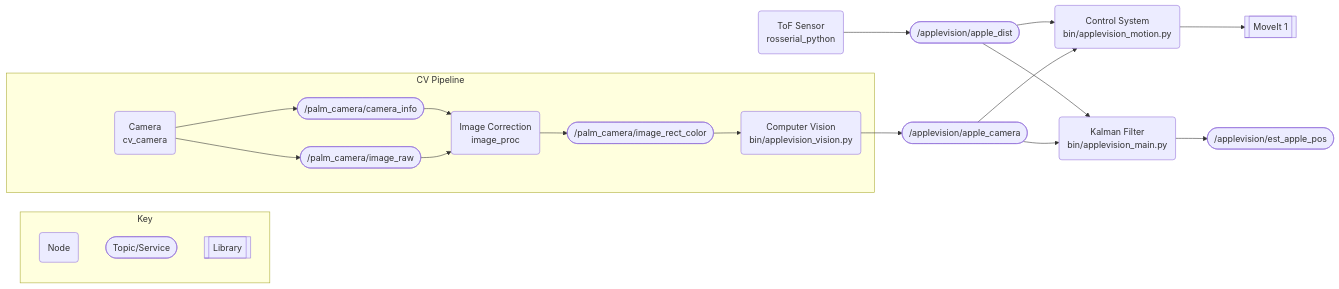
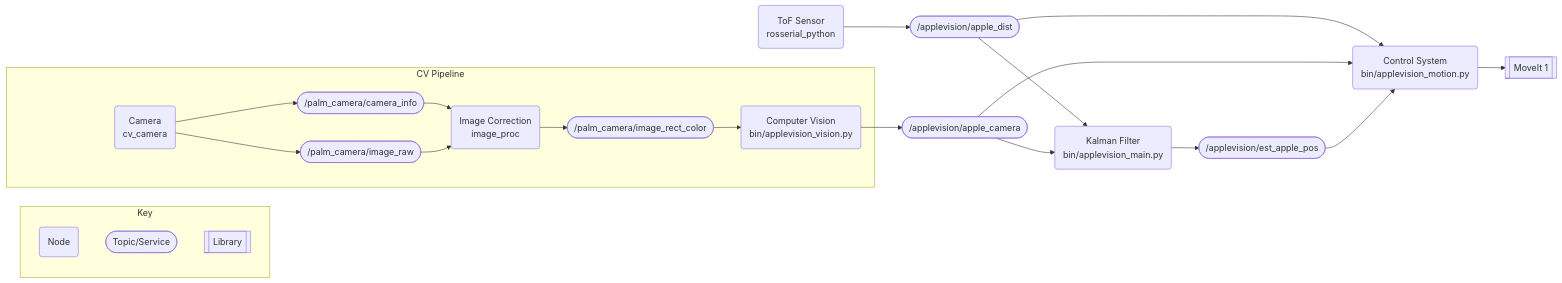
The second of 3 diagrams in README.md (OSUrobotics/applevision_rospkg), drawn with Mermaid before and after one commit. The commit also changed other lines of this file and 6 other files, not shown here.

````diff
--- a/README.md
+++ b/README.md
@@ -171,42 +213,43 @@
 ```mermaid
 graph LR
     subgraph Key
         samplenode(Node)
         sampletopic([Topic/Service])
         samplelibrary[[Library]]
     end
 
     moveit[[MoveIt 1]]
     control(Control System<br>bin/applevision_motion.py)
     filter(Kalman Filter<br>bin/applevision_main.py)
     distsens(ToF Sensor<br>rosserial_python)
 
     subgraph CV Pipeline
         cvcam(Camera<br>cv_camera)
         proc(Image Correction<br>image_proc)
         vision(Computer Vision<br>bin/applevision_vision.py)
 
         camerainfo([/palm_camera/camera_info])
         cameraunrect([/palm_camera/image_raw])
         camera([/palm_camera/image_rect_color])
     end
 
     dist([/applevision/apple_dist])
     bounding([/applevision/apple_camera])
     kalout([/applevision/est_apple_pos])
 
     cvcam --> camerainfo
     cvcam --> cameraunrect
     camerainfo --> proc
     cameraunrect --> proc
     proc --> camera
     distsens --> dist
     dist --> control
     camera --> vision
     vision --> bounding
     bounding --> control
     control --> moveit
     dist --> filter
     bounding --> filter
     filter --> kalout
+    kalout --> control
 ```
````
